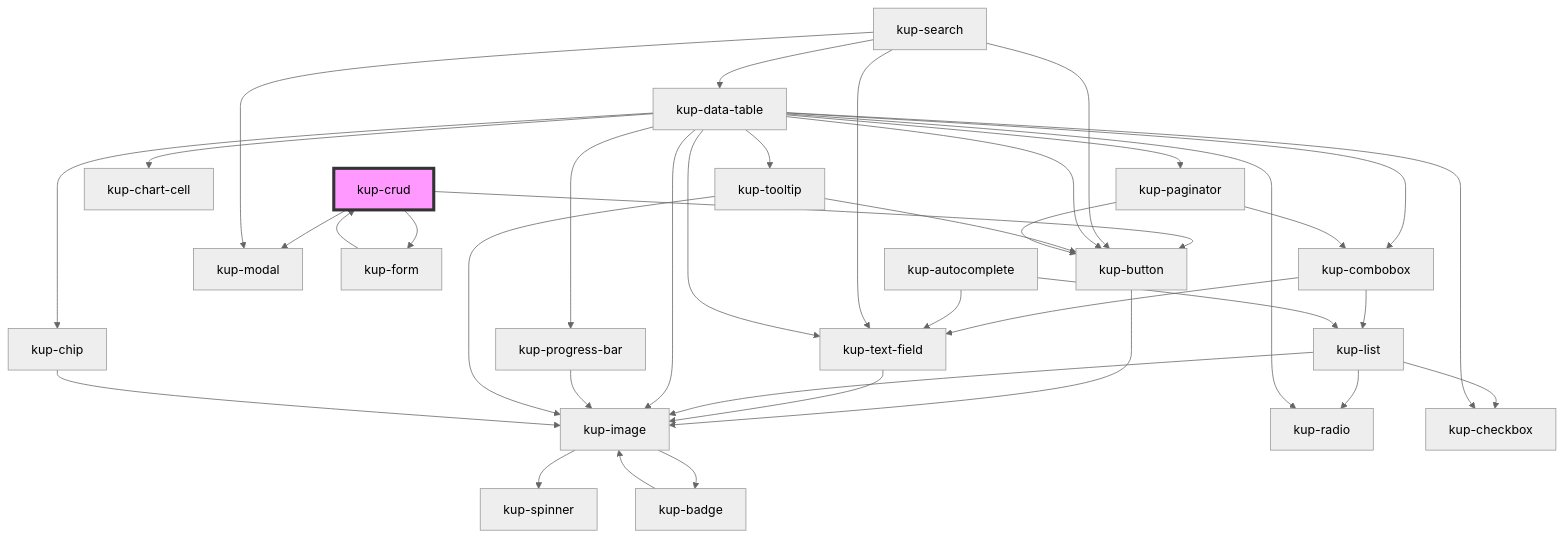
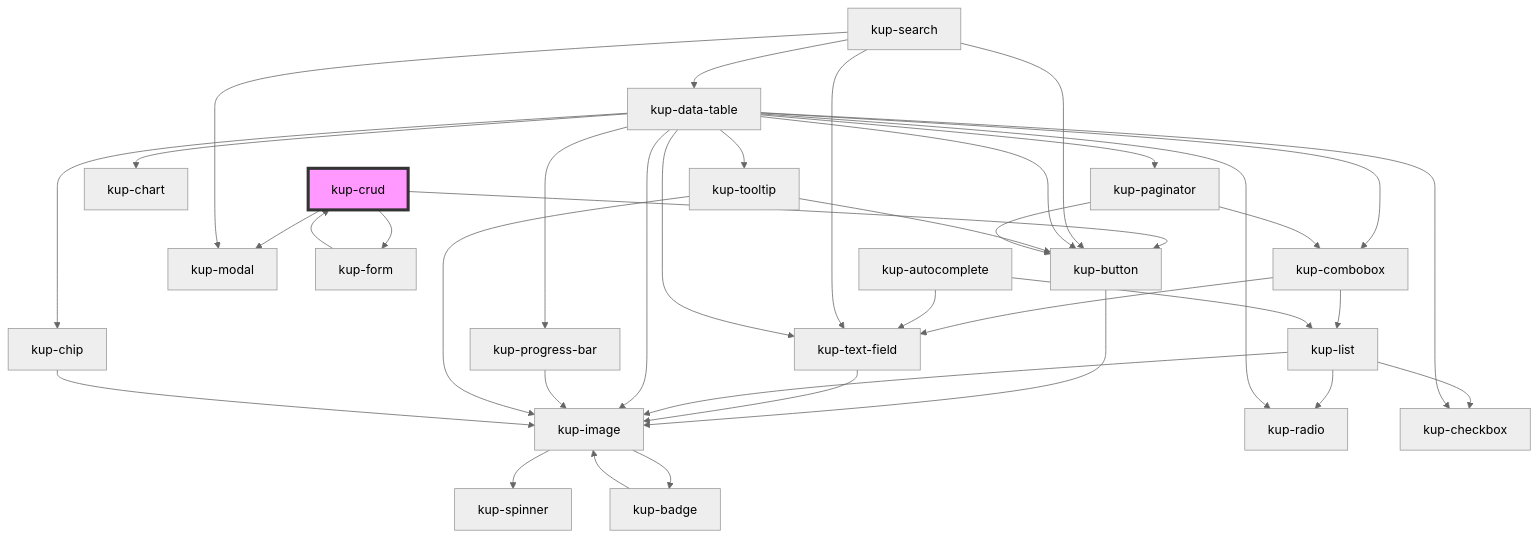
The diagram in packages/ketchup/src/components/kup-crud/readme.md (smeup/ketchup), drawn with Mermaid (neutral theme) before and after one commit. The commit also changed 15 other files, not shown here.

Commit message:
Removed chart-cell.

````diff
--- a/packages/ketchup/src/components/kup-crud/readme.md
+++ b/packages/ketchup/src/components/kup-crud/readme.md
@@ -72,41 +72,41 @@
 ```mermaid
 graph TD;
   kup-crud --> kup-button
   kup-crud --> kup-modal
   kup-crud --> kup-form
   kup-button --> kup-image
   kup-image --> kup-spinner
   kup-image --> kup-badge
   kup-badge --> kup-image
   kup-form --> kup-crud
   kup-combobox --> kup-text-field
   kup-combobox --> kup-list
   kup-text-field --> kup-image
   kup-list --> kup-image
   kup-list --> kup-radio
   kup-list --> kup-checkbox
   kup-autocomplete --> kup-text-field
   kup-autocomplete --> kup-list
   kup-search --> kup-text-field
   kup-search --> kup-button
   kup-search --> kup-modal
   kup-search --> kup-data-table
   kup-data-table --> kup-checkbox
   kup-data-table --> kup-button
   kup-data-table --> kup-image
   kup-data-table --> kup-text-field
-  kup-data-table --> kup-chart-cell
+  kup-data-table --> kup-chart
   kup-data-table --> kup-progress-bar
   kup-data-table --> kup-radio
   kup-data-table --> kup-tooltip
   kup-data-table --> kup-paginator
   kup-data-table --> kup-combobox
   kup-data-table --> kup-chip
   kup-progress-bar --> kup-image
   kup-tooltip --> kup-button
   kup-tooltip --> kup-image
   kup-paginator --> kup-button
   kup-paginator --> kup-combobox
   kup-chip --> kup-image
   style kup-crud fill:#f9f,stroke:#333,stroke-width:4px
 ```
````
